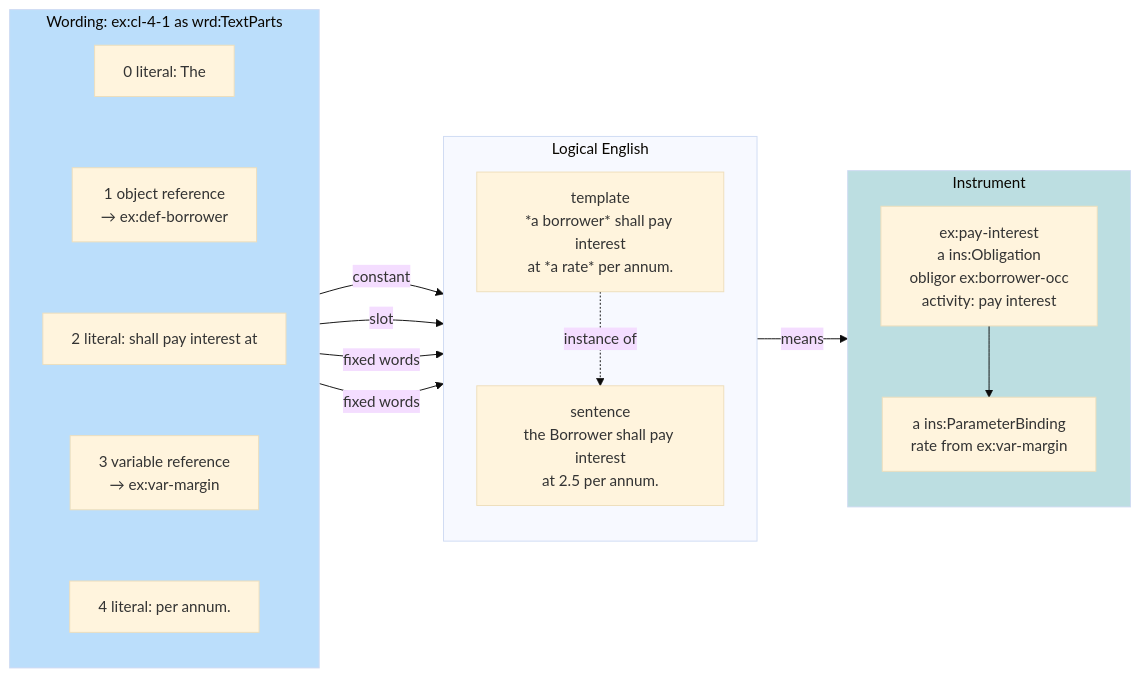
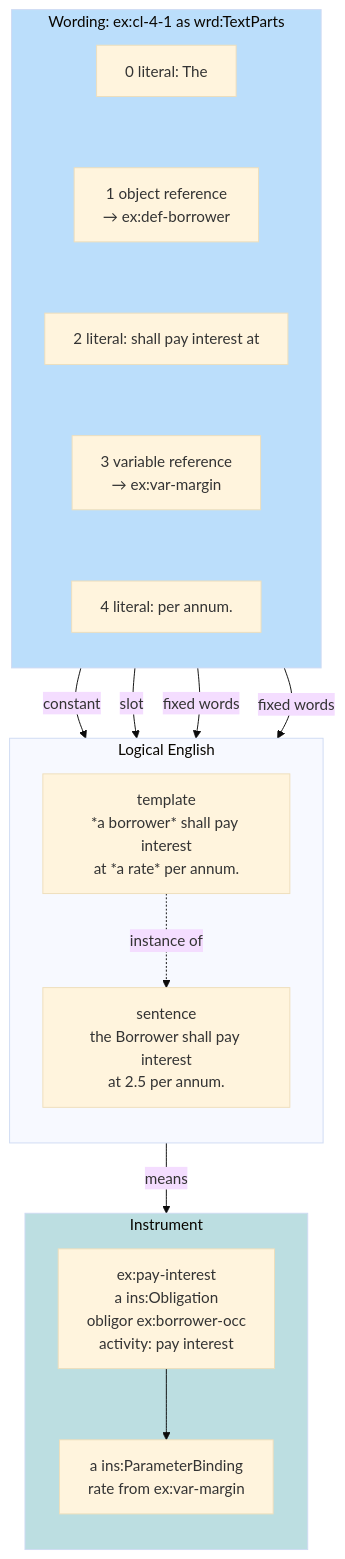
One commit to nebularis/lattice changed the first of 3 diagrams in docs/developer/sketches/logical-english-alignment.md. Above: the diagram before and after it, drawn with Mermaid (base theme).

Commit message:
Change flowchart direction from LR to TB
Updated flowchart direction in logical-english-alignment.md

````diff
--- a/docs/developer/sketches/logical-english-alignment.md
+++ b/docs/developer/sketches/logical-english-alignment.md
@@ -59,31 +59,31 @@
 ```mermaid
-flowchart LR
+flowchart TB
     subgraph WRD["Wording: ex:cl-4-1 as wrd:TextParts"]
         direction TB
         P0["0 literal: The"]
         P1["1 object reference<br/>→ ex:def-borrower"]
         P2["2 literal: shall pay interest at"]
         P3["3 variable reference<br/>→ ex:var-margin"]
         P4["4 literal: per annum."]
         P0 ~~~ P1 ~~~ P2 ~~~ P3 ~~~ P4
     end
     subgraph LE["Logical English"]
         direction TB
         T["template<br/>*a borrower* shall pay interest<br/>at *a rate* per annum."]
         S["sentence<br/>the Borrower shall pay interest<br/>at 2.5 per annum."]
         T -. "instance of" .-> S
     end
     subgraph INS["Instrument"]
         direction TB
         OB["ex:pay-interest<br/>a ins:Obligation<br/>obligor ex:borrower-occ<br/>activity: pay interest"]
         PB["a ins:ParameterBinding<br/>rate from ex:var-margin"]
         OB --> PB
     end
     P1 -- "constant" --> S
     P3 -- "slot" --> T
     P2 -- "fixed words" --> T
     P4 -- "fixed words" --> T
     S -- "means" --> OB
     style WRD fill:#BBDEFB
     style INS fill:#bcdee1
 ```
````
